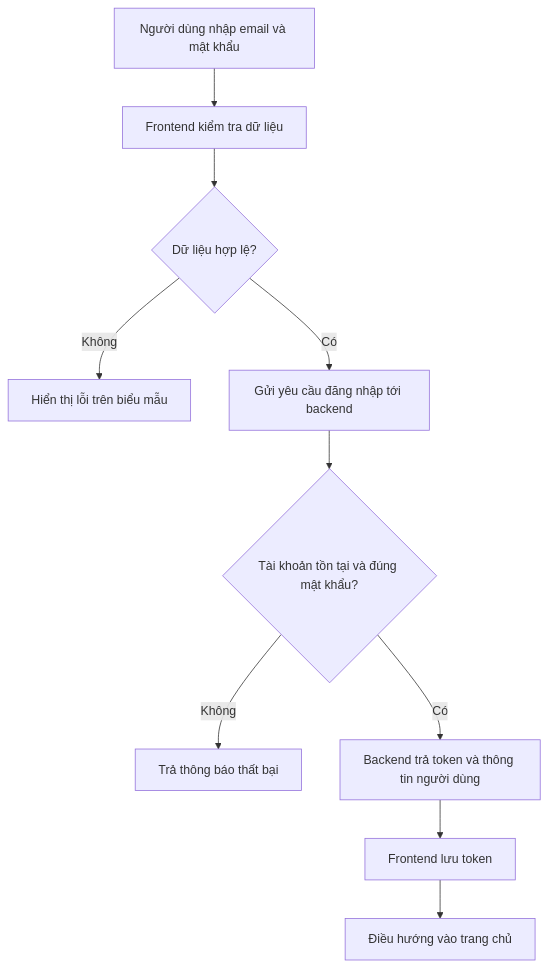
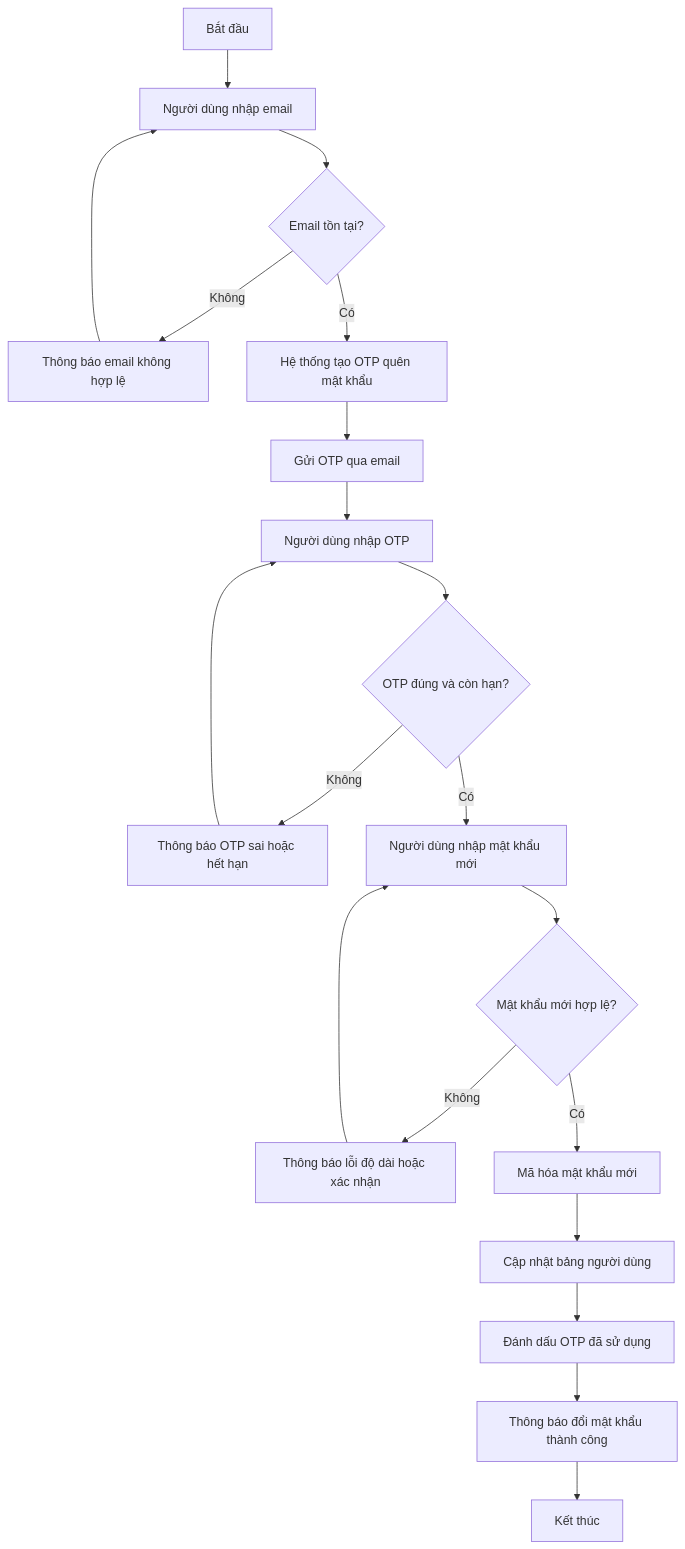
Before and after one commit to anhlalyn/TravelConnect: diagram 11 of 11 in docs/so-do-he-thong.md, drawn with Mermaid. The commit also changed other lines of this file and 5 other files, not shown here.

Commit message:
update backend + frontend features

````diff
--- a/docs/so-do-he-thong.md
+++ b/docs/so-do-he-thong.md
@@ -70,12 +542,22 @@
 ```mermaid
 flowchart TD
-    A1[Người dùng nhập email và mật khẩu] --> B1[Frontend kiểm tra dữ liệu]
-    B1 --> C1{Dữ liệu hợp lệ?}
-    C1 -- Không --> D1[Hiển thị lỗi trên biểu mẫu]
-    C1 -- Có --> E1[Gửi yêu cầu đăng nhập tới backend]
-    E1 --> F1{Tài khoản tồn tại và đúng mật khẩu?}
-    F1 -- Không --> G1[Trả thông báo thất bại]
-    F1 -- Có --> H1[Backend trả token và thông tin người dùng]
-    H1 --> I1[Frontend lưu token]
-    I1 --> J1[Điều hướng vào trang chủ]
+    A7[Bắt đầu] --> B7[Người dùng nhập email]
+    B7 --> C7{Email tồn tại?}
+    C7 -- Không --> D7[Thông báo email không hợp lệ]
+    D7 --> B7
+    C7 -- Có --> E7[Hệ thống tạo OTP quên mật khẩu]
+    E7 --> F7[Gửi OTP qua email]
+    F7 --> G7[Người dùng nhập OTP]
+    G7 --> H7{OTP đúng và còn hạn?}
+    H7 -- Không --> I7[Thông báo OTP sai hoặc hết hạn]
+    I7 --> G7
+    H7 -- Có --> J7[Người dùng nhập mật khẩu mới]
+    J7 --> K7{Mật khẩu mới hợp lệ?}
+    K7 -- Không --> L7[Thông báo lỗi độ dài hoặc xác nhận]
+    L7 --> J7
+    K7 -- Có --> M7[Mã hóa mật khẩu mới]
+    M7 --> N7[Cập nhật bảng người dùng]
+    N7 --> O7[Đánh dấu OTP đã sử dụng]
+    O7 --> P7[Thông báo đổi mật khẩu thành công]
+    P7 --> Q7[Kết thúc]
 ```
````
